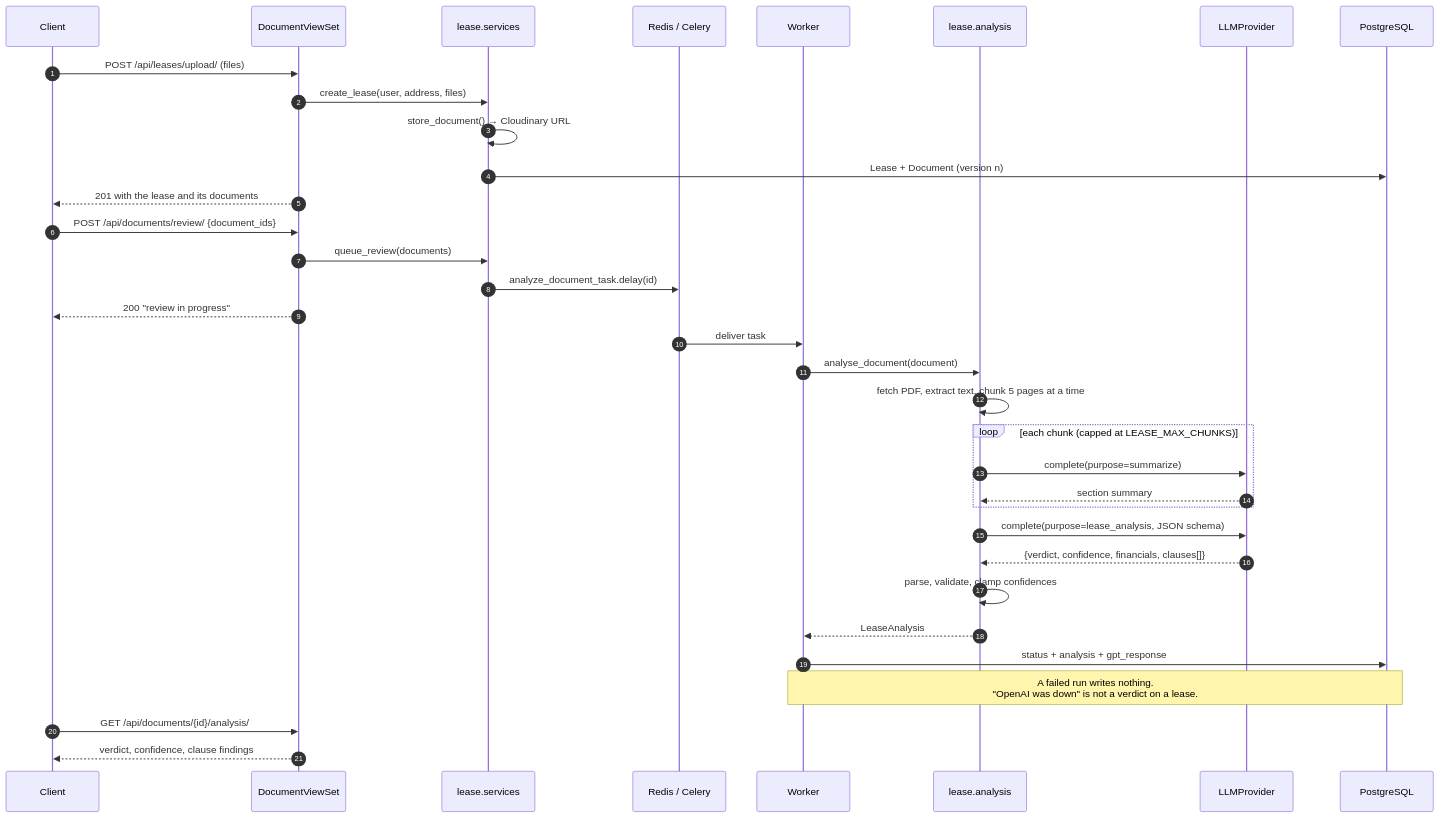
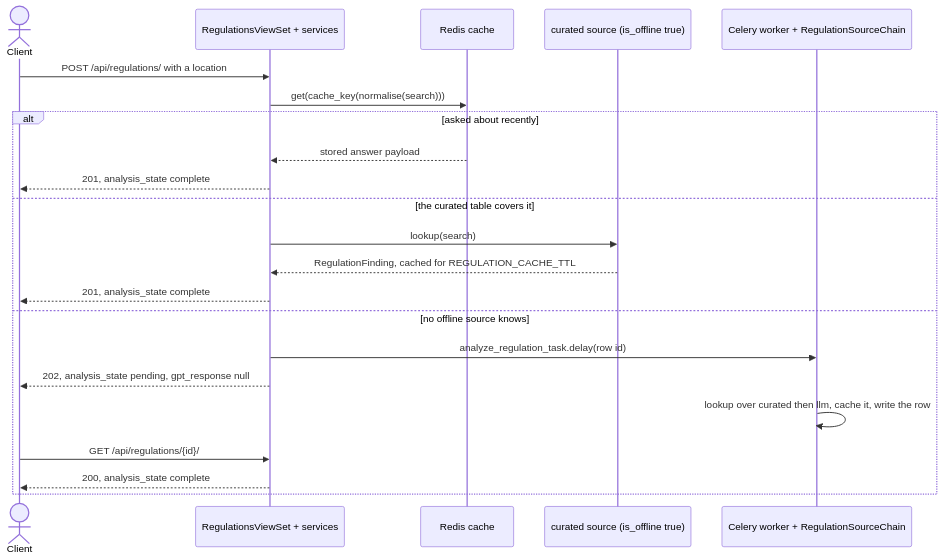
Before and after one commit to dev-sas002/bnbu_backend_api: the diagram in README.md, drawn with Mermaid. The commit also changed other lines of this file, not shown here.

First line of the commit message:
Document this project in its own terms

````diff
--- a/README.md
+++ b/README.md
@@ -221,40 +25,24 @@
 ```mermaid
 sequenceDiagram
-    autonumber
-    participant C as Client
-    participant API as DocumentViewSet
-    participant S as lease.services
-    participant Q as Redis / Celery
-    participant W as Worker
-    participant A as lease.analysis
-    participant P as LLMProvider
-    participant DB as PostgreSQL
-
-    C->>API: POST /api/leases/upload/ (files)
-    API->>S: create_lease(user, address, files)
-    S->>S: store_document() → Cloudinary URL
-    S->>DB: Lease + Document (version n)
-    API-->>C: 201 with the lease and its documents
-
-    C->>API: POST /api/documents/review/ {document_ids}
-    API->>S: queue_review(documents)
-    S->>Q: analyze_document_task.delay(id)
-    API-->>C: 200 "review in progress"
-
-    Q->>W: deliver task
-    W->>A: analyse_document(document)
-    A->>A: fetch PDF, extract text, chunk 5 pages at a time
-    loop each chunk (capped at LEASE_MAX_CHUNKS)
-        A->>P: complete(purpose=summarize)
-        P-->>A: section summary
+    actor C as Client
+    participant V as RegulationsViewSet + services
+    participant R as Redis cache
+    participant CU as curated source (is_offline true)
+    participant W as Celery worker + RegulationSourceChain
+    C->>V: POST /api/regulations/ with a location
+    V->>R: get(cache_key(normalise(search)))
+    alt asked about recently
+        R-->>V: stored answer payload
+        V-->>C: 201, analysis_state complete
+    else the curated table covers it
+        V->>CU: lookup(search)
+        CU-->>V: RegulationFinding, cached for REGULATION_CACHE_TTL
+        V-->>C: 201, analysis_state complete
+    else no offline source knows
+        V->>W: analyze_regulation_task.delay(row id)
+        V-->>C: 202, analysis_state pending, gpt_response null
+        W->>W: lookup over curated then llm, cache it, write the row
+        C->>V: GET /api/regulations/{id}/
+        V-->>C: 200, analysis_state complete
     end
-    A->>P: complete(purpose=lease_analysis, JSON schema)
-    P-->>A: {verdict, confidence, financials, clauses[]}
-    A->>A: parse, validate, clamp confidences
-    A-->>W: LeaseAnalysis
-    W->>DB: status + analysis + gpt_response
-    Note over W,DB: A failed run writes nothing.<br/>"OpenAI was down" is not a verdict on a lease.
-
-    C->>API: GET /api/documents/{id}/analysis/
-    API-->>C: verdict, confidence, clause findings
 ```
````
